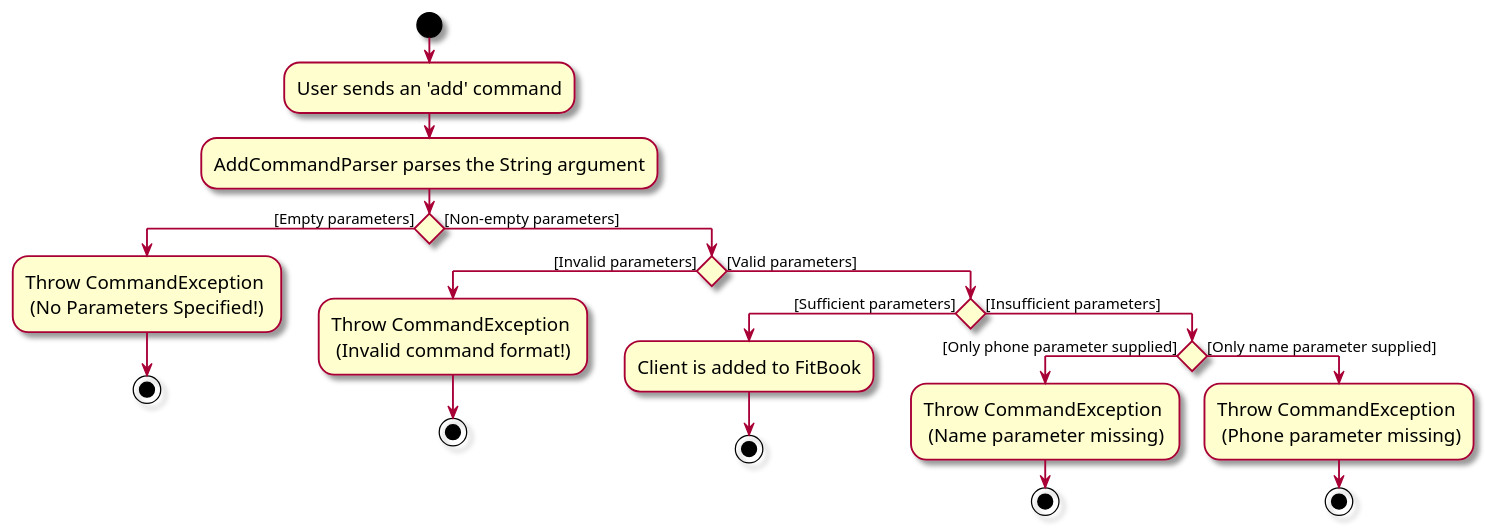
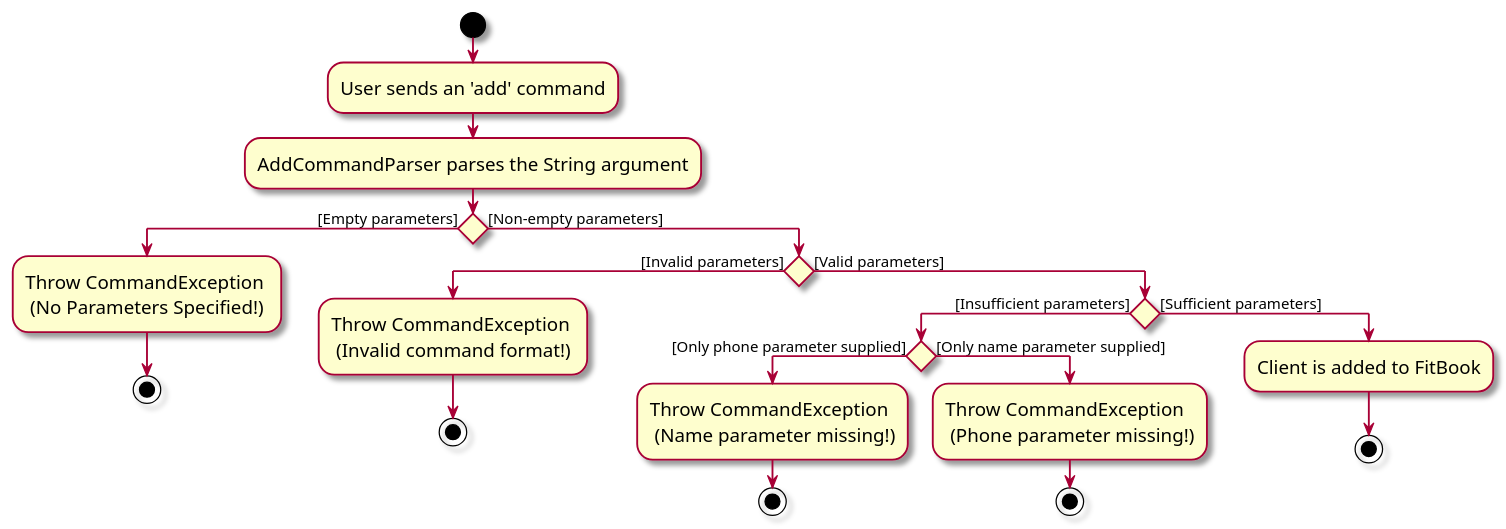
One commit to bgopi23/tp changed the diagram in docs/diagrams/SpecialisedErrorMessagesDiagram.puml. Above: the diagram before and after it, drawn with PlantUML.

Commit message:
Update diagram

```diff
--- a/docs/diagrams/SpecialisedErrorMessagesDiagram.puml
+++ b/docs/diagrams/SpecialisedErrorMessagesDiagram.puml
@@ -1,28 +1,30 @@
 @startuml
 skin rose
 skinparam ActivityFontSize 15
 skinparam ArrowFontSize 12
 start
 :User sends an 'add' command;
 :AddCommandParser parses the String argument;
 if () then ([Empty parameters])
-:Throw CommandException \n (No Parameters Specified!);
-stop
+    :Throw CommandException \n (No Parameters Specified!);
+    stop
 else ([Non-empty parameters])
     if () then ([Invalid parameters])
-    :Throw CommandException \n (Invalid command format!);
-    stop
+        :Throw CommandException \n (Invalid command format!);
+        stop
     else ([Valid parameters])
-        if () then ([Sufficient parameters])
-        :Client is added to FitBook;
-        stop
-        else ([Insufficient parameters])
+        if () then ([Insufficient parameters])
             if () then ([Only phone parameter supplied])
-            :Throw CommandException \n (Name parameter missing);
+                :Throw CommandException \n (Name parameter missing!);
+                stop
+            else ([Only name parameter supplied])
+                :Throw CommandException \n (Phone parameter missing!);
+                stop
+            endif
+        else ([Sufficient parameters])
+            :Client is added to FitBook;
             stop
-            else ([Only name parameter supplied])
-            :Throw CommandException \n (Phone parameter missing);
-stop
+        endif
+    endif
 endif
-
 @enduml
```
